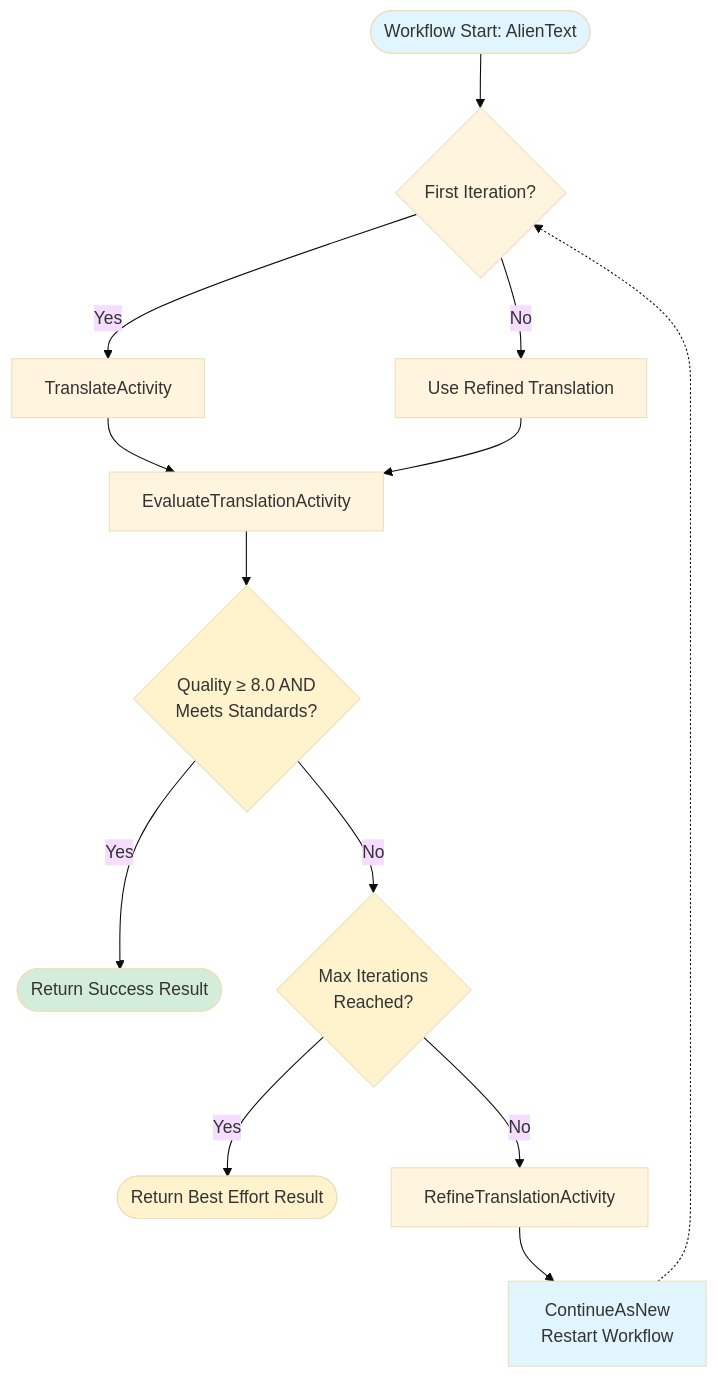
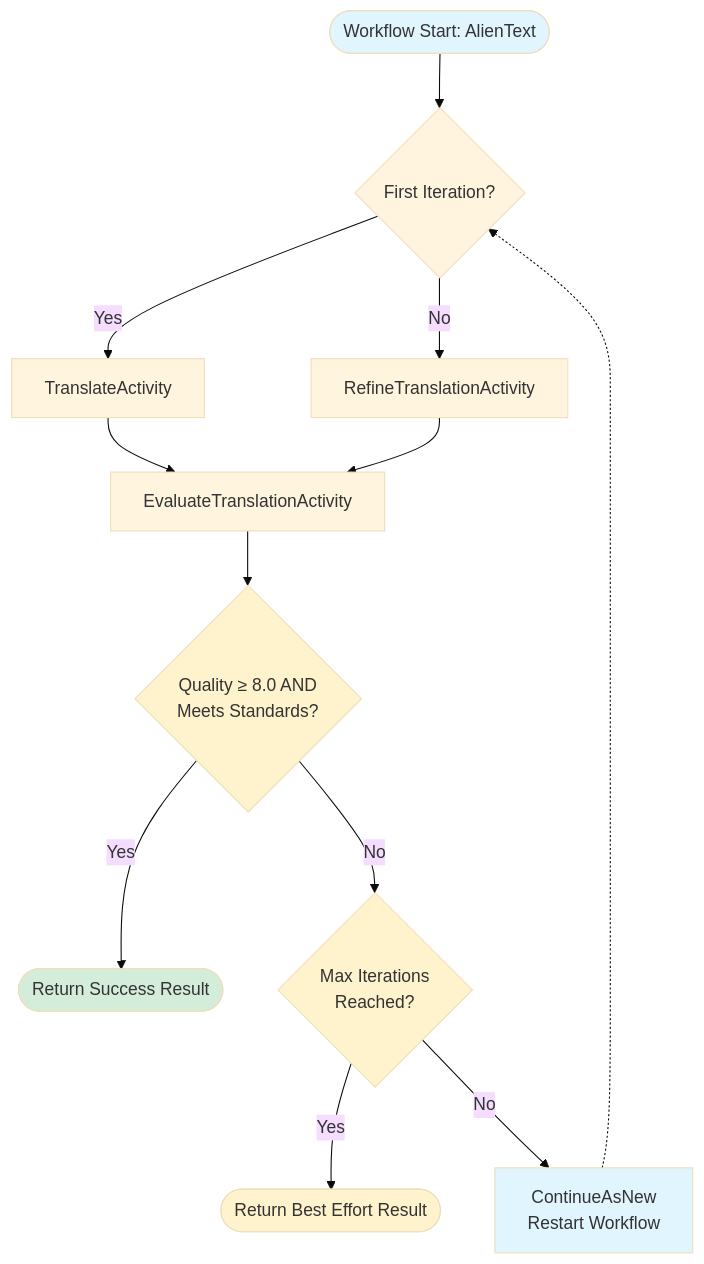
The diagram in AlienTranslator/README.md (diagrid-labs/dapr-reliable-agentic-systems), drawn with Mermaid (base theme) before and after one commit.

Commit message:
Update mermaid diagram

````diff
--- a/AlienTranslator/README.md
+++ b/AlienTranslator/README.md
@@ -15,22 +15,21 @@
 ```mermaid
 graph TD
     Start([Workflow Start: AlienText]) --> Check1{First Iteration?}
     Check1 -->|Yes| A1[TranslateActivity]
-    Check1 -->|No| UseRefined[Use Refined Translation]
+    Check1 -->|No| A3[RefineTranslationActivity]
     A1 --> A2[EvaluateTranslationActivity]
-    UseRefined --> A2
+    A3 --> A2
     A2 --> Gate1{Quality ≥ 8.0 AND<br/>Meets Standards?}
     Gate1 -->|Yes| Success([Return Success Result])
     Gate1 -->|No| Gate2{Max Iterations<br/>Reached?}
     Gate2 -->|Yes| MaxReached([Return Best Effort Result])
-    Gate2 -->|No| A3[RefineTranslationActivity]
-    A3 --> Restart[ContinueAsNew<br/>Restart Workflow]
+    Gate2 -->|No| Restart[ContinueAsNew<br/>Restart Workflow]
     Restart -.-> Check1
     
     style Start fill:#e1f5ff
     style Success fill:#d4edda
     style MaxReached fill:#fff3cd
     style Gate1 fill:#fff3cd
     style Gate2 fill:#fff3cd
     style Restart fill:#e1f5ff
 ```
````
